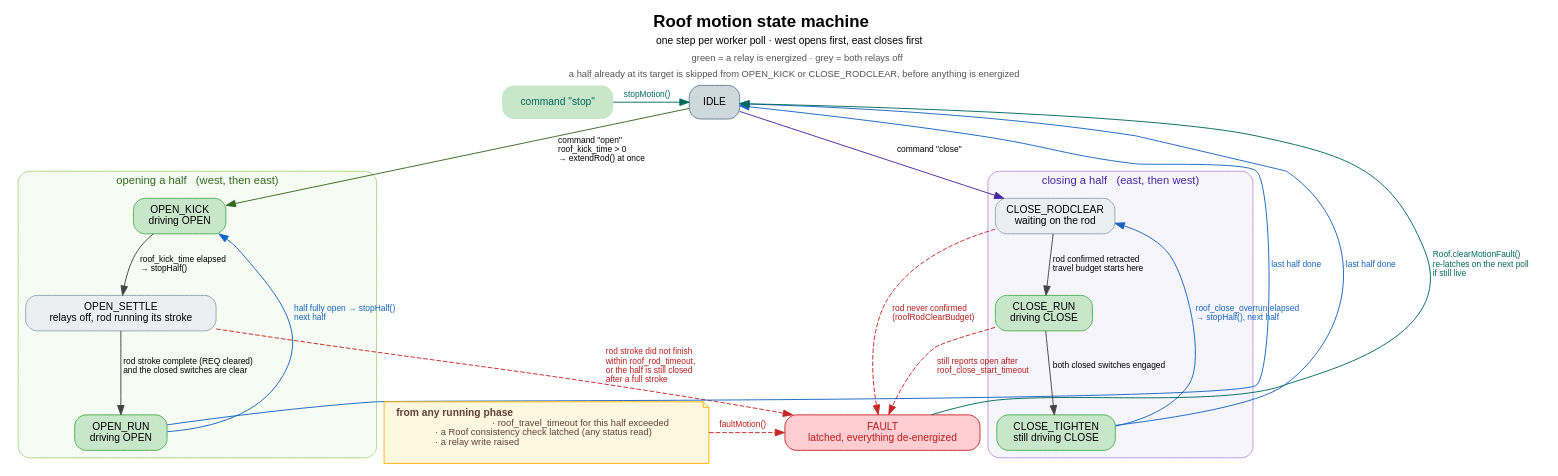
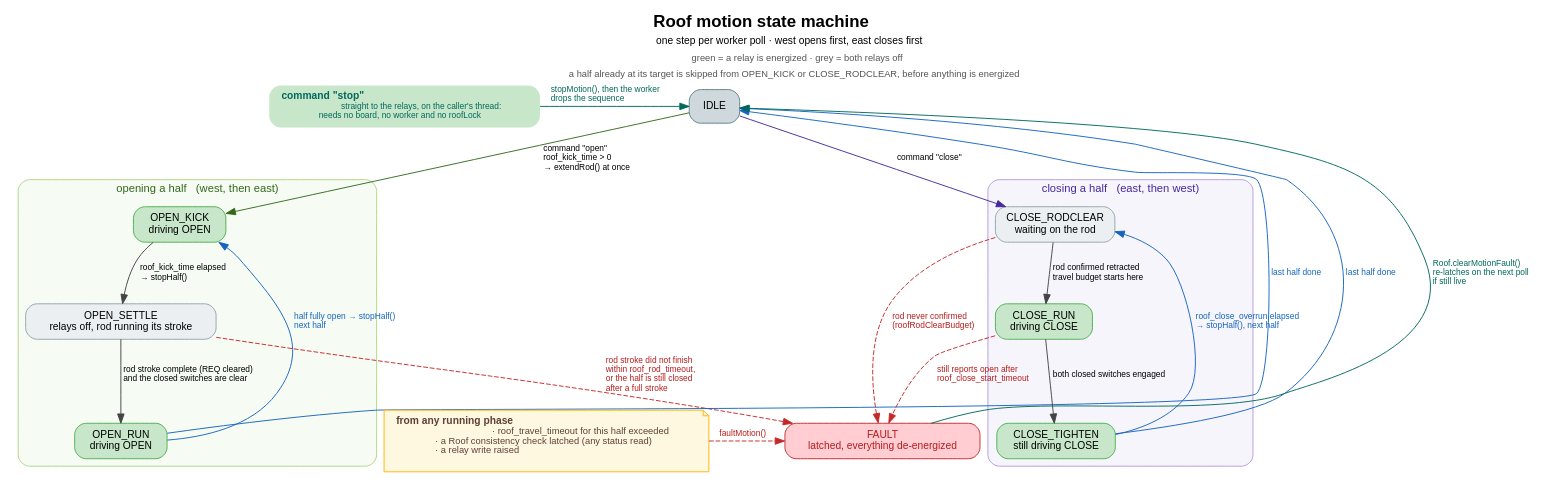
The diagram in docs/roof-motion.dot (comptonizing/oms), drawn with Graphviz before and after one commit. The commit also changed 3 other files, not shown here.

```diff
--- a/docs/roof-motion.dot
+++ b/docs/roof-motion.dot
@@ -1,109 +1,112 @@
 // The roof motion state machine, as implemented in oms/oms (advanceRoofMotion) and
 // oms/roof.py (the interlocks it drives through).
 //
 // One transition per worker poll (roofPollPeriod, 0.5 s). Each step does at most one
 // relay write and one serial command, so the roofLock hold stays in milliseconds and
 // stopRoof() keeps working mid-travel.
 //
 // Render:  dot -Tsvg roof-motion.dot -o roof-motion.svg
 //          dot -Tpng -Gdpi=150 roof-motion.dot -o roof-motion.png
 
 digraph RoofMotion {
     rankdir=TB;
     bgcolor="white";
     fontname="Helvetica";
     labelloc="t";
     label=<<b>Roof motion state machine</b><br/>
            <font point-size="11">one step per worker poll · west opens first, east closes first</font><br/>
            <font point-size="10" color="#555555">green = a relay is energized · grey = both relays off</font><br/>
            <font point-size="10" color="#555555">a half already at its target is skipped from OPEN_KICK or CLOSE_RODCLEAR, before anything is energized</font>>;
     fontsize=18;
 
     node [shape=box, style="rounded,filled", fontname="Helvetica", fontsize=11,
           margin="0.18,0.10"];
     edge [fontname="Helvetica", fontsize=9, color="#444444"];
 
     // Both relays off.
     node [fillcolor="#eceff1", color="#90a4ae"];
     IDLE            [label="IDLE", fillcolor="#cfd8dc", color="#607d8b"];
     OPEN_SETTLE     [label="OPEN_SETTLE\nrelays off, rod running its stroke"];
     CLOSE_RODCLEAR  [label="CLOSE_RODCLEAR\nwaiting on the rod"];
 
     // A relay is energized.
     node [fillcolor="#c8e6c9", color="#4caf50"];
     OPEN_KICK       [label="OPEN_KICK\ndriving OPEN"];
     OPEN_RUN        [label="OPEN_RUN\ndriving OPEN"];
     CLOSE_RUN       [label="CLOSE_RUN\ndriving CLOSE"];
     CLOSE_TIGHTEN   [label="CLOSE_TIGHTEN\nstill driving CLOSE"];
 
     FAULT [label="FAULT\nlatched, everything de-energized",
            shape=box, style="rounded,filled", fillcolor="#ffcdd2", color="#c62828",
            fontcolor="#b71c1c"];
 
     // ---- opening -----------------------------------------------------------------
     subgraph cluster_open {
         label="opening a half   (west, then east)";
         fontname="Helvetica"; fontsize=12; fontcolor="#33691e";
         color="#aed581"; style="rounded"; bgcolor="#f6fbf3";
         OPEN_KICK; OPEN_SETTLE; OPEN_RUN;
     }
 
     IDLE -> OPEN_KICK [label="  command \"open\"\l  roof_kick_time > 0\l  → extendRod() at once\l", color="#33691e"];
     // roof_kick_time has a 1.5 s floor, so there is no skip-the-kick path: a rod pushing a
     // half still hard on its seat snaps off.
 
     OPEN_KICK -> OPEN_SETTLE [label="  roof_kick_time elapsed\l  → stopHalf()\l"];
     OPEN_SETTLE -> OPEN_RUN  [label="  rod stroke complete (REQ cleared)\l  and the closed switches are clear\l"];
     OPEN_RUN -> OPEN_KICK    [label="  half fully open → stopHalf()\l  next half\l",
                               color="#1565c0", fontcolor="#1565c0", constraint=false];
 
     // ---- closing -----------------------------------------------------------------
     subgraph cluster_close {
         label="closing a half   (east, then west)";
         fontname="Helvetica"; fontsize=12; fontcolor="#4527a0";
         color="#b39ddb"; style="rounded"; bgcolor="#f7f5fc";
         CLOSE_RODCLEAR; CLOSE_RUN; CLOSE_TIGHTEN;
     }
 
     IDLE -> CLOSE_RODCLEAR [label="  command \"close\"\l", color="#4527a0"];
 
     CLOSE_RODCLEAR -> CLOSE_RUN [label="  rod confirmed retracted\l  travel budget starts here\l"];
     CLOSE_RUN -> CLOSE_TIGHTEN  [label="  both closed switches engaged\l"];
     CLOSE_TIGHTEN -> CLOSE_RODCLEAR [label="  roof_close_overrun elapsed\l  → stopHalf(), next half\l",
                                      color="#1565c0", fontcolor="#1565c0", constraint=false];
 
     // ---- completion ---------------------------------------------------------------
     OPEN_RUN -> IDLE      [label="  last half done\l", color="#1565c0", fontcolor="#1565c0",
                            constraint=false];
     CLOSE_TIGHTEN -> IDLE [label="  last half done\l", color="#1565c0", fontcolor="#1565c0",
                            constraint=false];
 
     // ---- the phase-specific faults -------------------------------------------------
     edge [color="#c62828", fontcolor="#b71c1c", style=dashed];
 
     OPEN_SETTLE -> FAULT [label="  rod stroke did not finish\l  within roof_rod_timeout,\l  or the half is still closed\l  after a full stroke\l"];
     CLOSE_RUN -> FAULT [label="  still reports open after\l  roof_close_start_timeout\l"];
     CLOSE_RODCLEAR -> FAULT [label="  rod never confirmed\l  (roofRodClearBudget)\l"];
 
     // ---- the faults that apply to every running phase ------------------------------
     ANY [label=<<b>from any running phase</b><br align="left"/>
                 <font point-size="10">
                 · roof_travel_timeout for this half exceeded<br align="left"/>
                 · a Roof consistency check latched (any status read)<br align="left"/>
                 · a relay write raised<br align="left"/>
                 </font>>,
          shape=note, style=filled, fillcolor="#fff8e1", color="#ffb300",
          fontcolor="#5d4037", fontsize=11];
     ANY -> FAULT [label="  faultMotion()\l"];
 
     // ---- getting out again ----------------------------------------------------------
     edge [color="#00695c", fontcolor="#00695c", style=solid];
     FAULT -> IDLE [label="  Roof.clearMotionFault()\l  re-latches on the next poll\l  if still live\l",
                    constraint=false];
 
-    STOP [label="command \"stop\"", shape=plaintext, fontcolor="#00695c", fontsize=11];
-    STOP -> IDLE [label="  stopMotion()\l"];
+    STOP [label=<<b>command "stop"</b><br align="left"/>
+                 <font point-size="9">straight to the relays, on the caller's thread:<br align="left"/>
+                 needs no board, no worker and no roofLock<br align="left"/></font>>,
+          shape=plaintext, fontcolor="#00695c", fontsize=11];
+    STOP -> IDLE [label="  stopMotion(), then the worker\l  drops the sequence\l"];
 
     { rank=same; IDLE; STOP; }
     { rank=same; FAULT; ANY; }
 }
```
